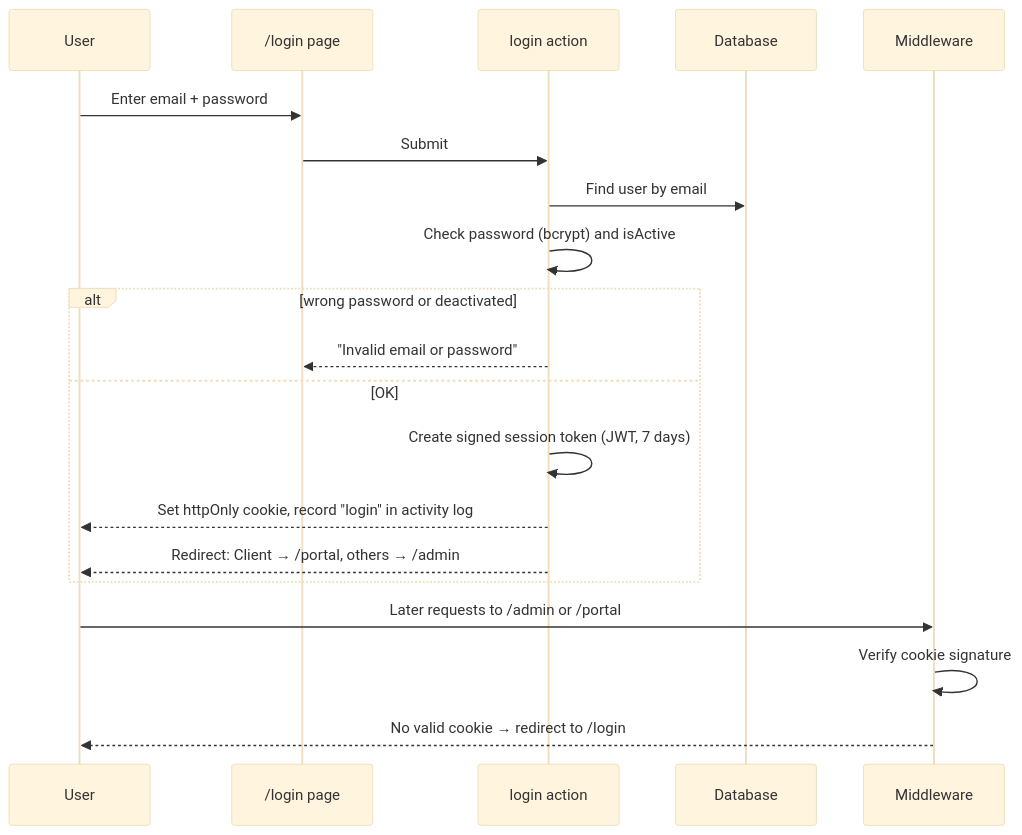
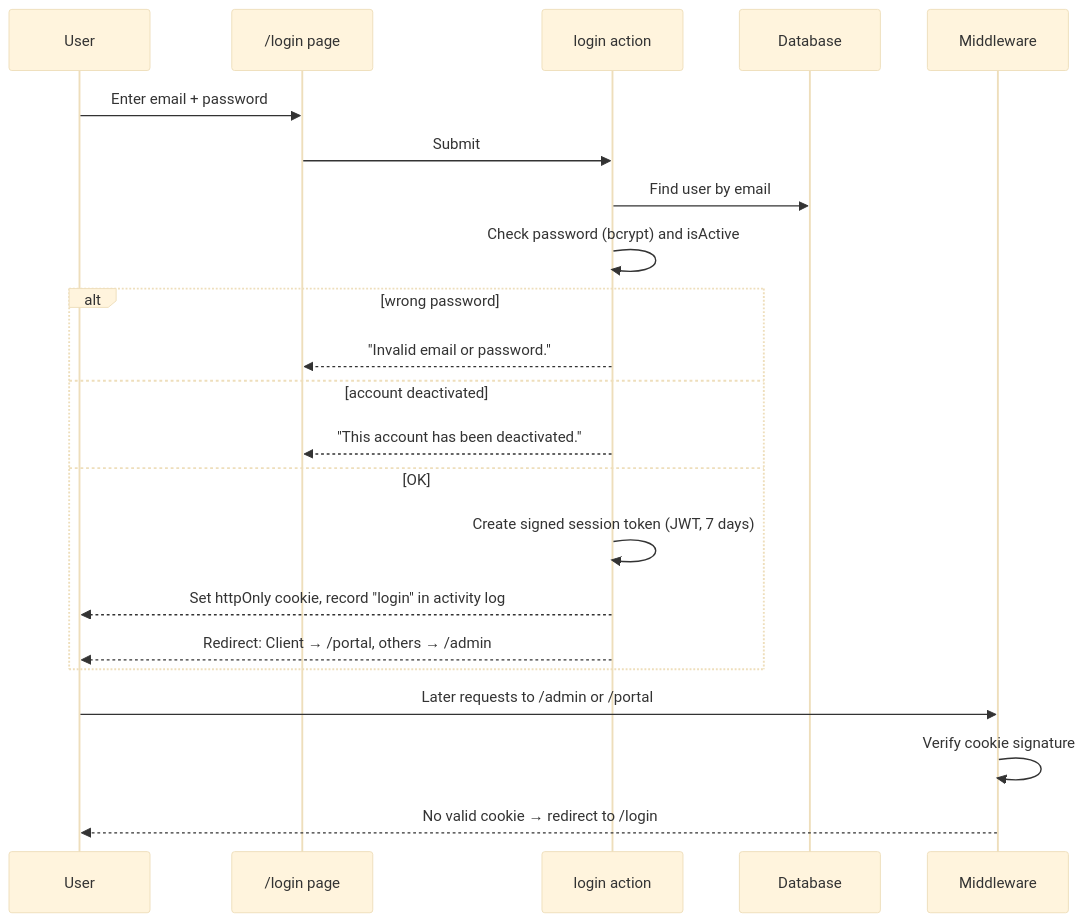
Before and after one commit to Ritiksharmaji/site-auto-matrix: the third of 11 diagrams in docs/APPLICATION_FLOW.md, drawn with Mermaid (base theme). The commit also changed other lines of this file and 70 other files, not shown here.

````diff
--- a/docs/APPLICATION_FLOW.md
+++ b/docs/APPLICATION_FLOW.md
@@ -104,23 +110,25 @@
 ```mermaid
 sequenceDiagram
     participant U as User
     participant L as /login page
     participant A as login action
     participant DB as Database
     participant M as Middleware
 
     U->>L: Enter email + password
     L->>A: Submit
     A->>DB: Find user by email
     A->>A: Check password (bcrypt) and isActive
-    alt wrong password or deactivated
-        A-->>L: "Invalid email or password"
+    alt wrong password
+        A-->>L: "Invalid email or password."
+    else account deactivated
+        A-->>L: "This account has been deactivated."
     else OK
         A->>A: Create signed session token (JWT, 7 days)
         A-->>U: Set httpOnly cookie, record "login" in activity log
         A-->>U: Redirect: Client → /portal, others → /admin
     end
     U->>M: Later requests to /admin or /portal
     M->>M: Verify cookie signature
     M-->>U: No valid cookie → redirect to /login
 ```
````
